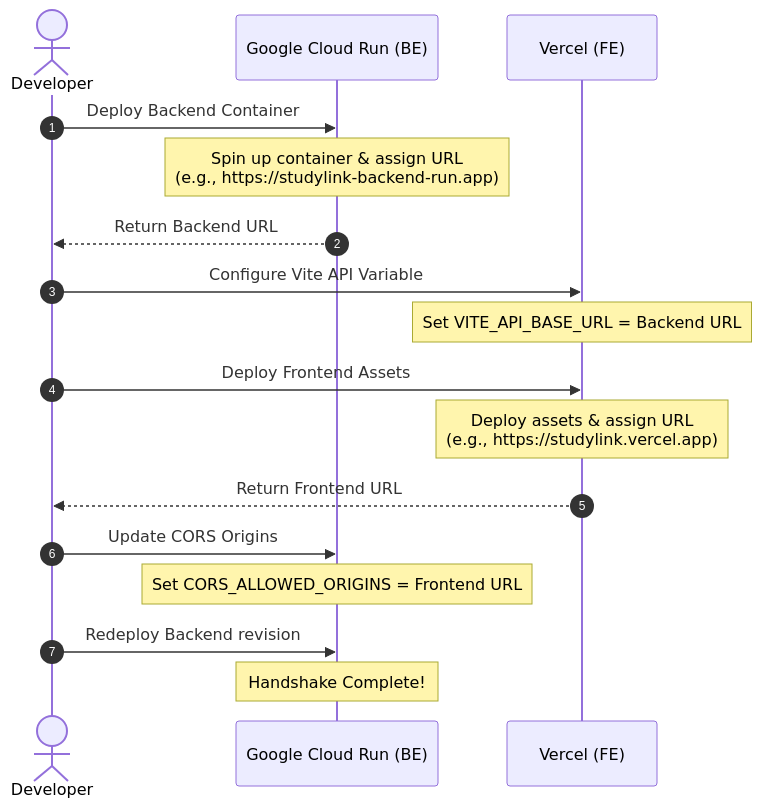
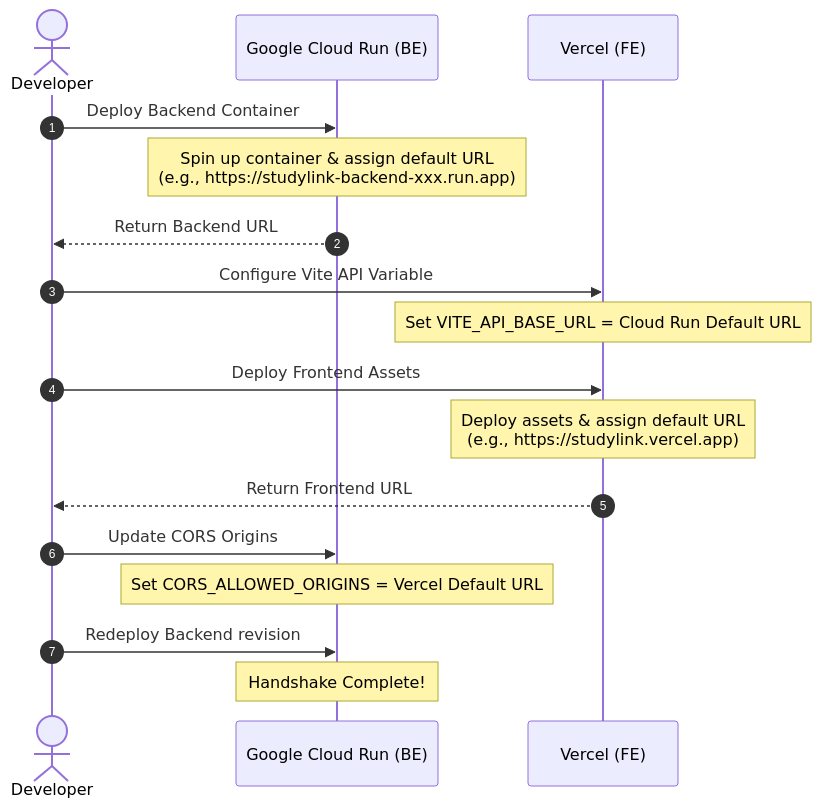
The diagram in Docs/roadmap/Phase_11_Deployment_Preparation.md (vaibhv19/StudyLink), drawn with Mermaid before and after one commit. The commit also changed other lines of this file and 21 other files, not shown here.

Commit message:
feat(scope): align v1 scope across docs, roadmap, and frontend UI (JWT-only auth, synchronous ingestion, default URLs)

````diff
--- a/Docs/roadmap/Phase_11_Deployment_Preparation.md
+++ b/Docs/roadmap/Phase_11_Deployment_Preparation.md
@@ -97,22 +97,22 @@
 ```mermaid
 sequenceDiagram
     autonumber
     actor Dev as Developer
     participant CR as Google Cloud Run (BE)
     participant V as Vercel (FE)
 
     Dev->>CR: Deploy Backend Container
-    Note over CR: Spin up container & assign URL<br/>(e.g., https://studylink-backend-run.app)
+    Note over CR: Spin up container & assign default URL<br/>(e.g., https://studylink-backend-xxx.run.app)
     CR-->>Dev: Return Backend URL
 
     Dev->>V: Configure Vite API Variable
-    Note over V: Set VITE_API_BASE_URL = Backend URL
+    Note over V: Set VITE_API_BASE_URL = Cloud Run Default URL
     Dev->>V: Deploy Frontend Assets
-    Note over V: Deploy assets & assign URL<br/>(e.g., https://studylink.vercel.app)
+    Note over V: Deploy assets & assign default URL<br/>(e.g., https://studylink.vercel.app)
     V-->>Dev: Return Frontend URL
 
     Dev->>CR: Update CORS Origins
-    Note over CR: Set CORS_ALLOWED_ORIGINS = Frontend URL
+    Note over CR: Set CORS_ALLOWED_ORIGINS = Vercel Default URL
     Dev->>CR: Redeploy Backend revision
     Note over CR: Handshake Complete!
 ```
````
